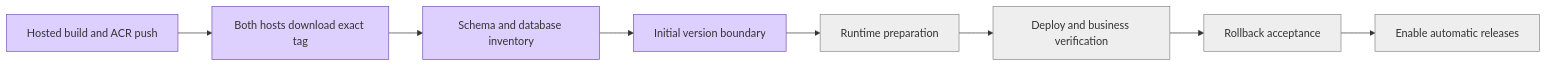
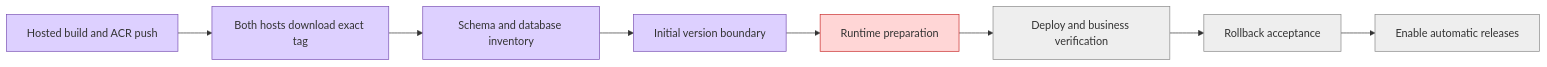
The diagram in docs/superpowers/plans/2026-10-24-unified-image-release.md (boardx/workspacex), drawn with Mermaid before and after one commit. The commit also changed other lines of this file and 1 other file, not shown here.

````diff
--- a/docs/superpowers/plans/2026-10-24-unified-image-release.md
+++ b/docs/superpowers/plans/2026-10-24-unified-image-release.md
@@ -21,16 +21,17 @@
 ```mermaid
 flowchart LR
   A[Hosted build and ACR push] --> B[Both hosts download exact tag]
   B --> C[Schema and database inventory]
   C --> D[Initial version boundary]
   D --> E[Runtime preparation]
   E --> F[Deploy and business verification]
   F --> G[Rollback acceptance]
   G --> H[Enable automatic releases]
   classDef tested fill:#ddd0ff,stroke:#7950b3
   classDef blocked fill:#ffd6d6,stroke:#c92a2a
   classDef pending fill:#eee,stroke:#888
   class A,B,C tested
   class D tested
-  class E,F,G,H pending
+  class E blocked
+  class F,G,H pending
 ```
````
